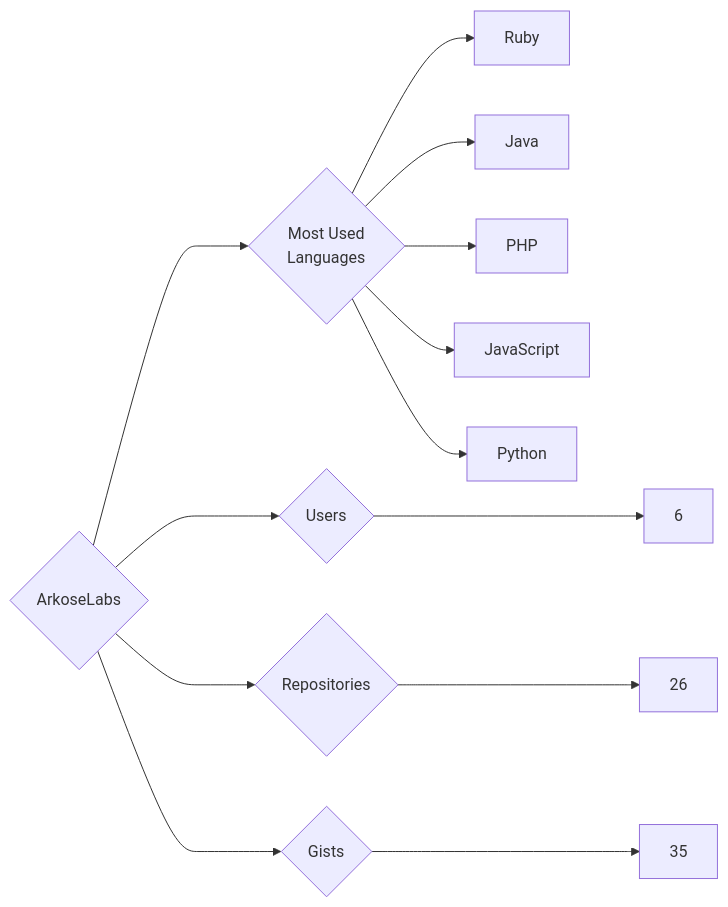
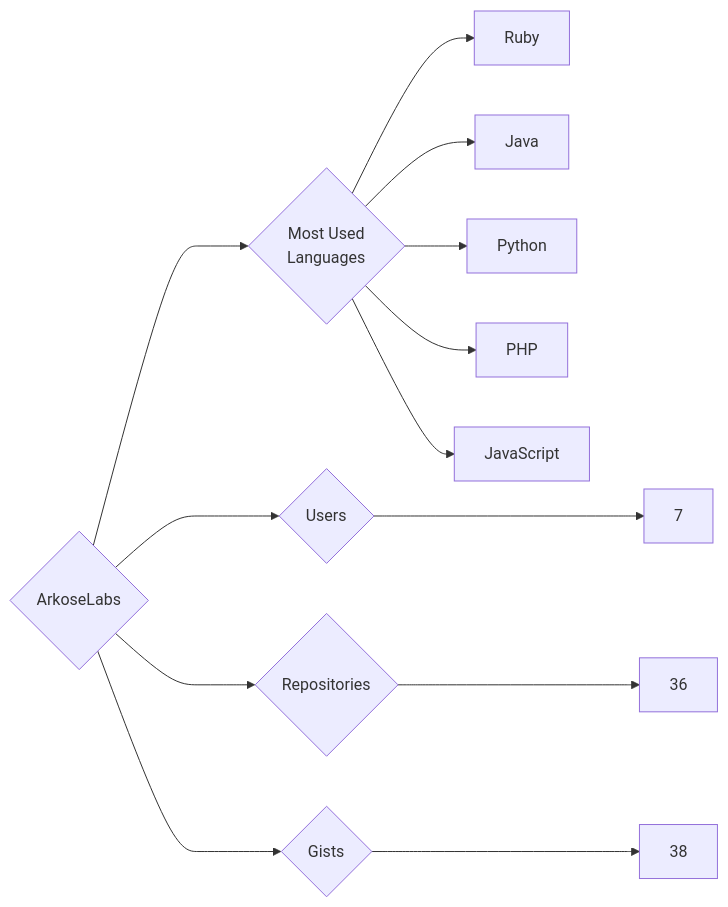
One commit to trickest/insiders changed the diagram in targets/ArkoseLabs/README.md. Above: the diagram before and after it, drawn with Mermaid. The commit also changed 1212 other files, not shown here.

````diff
--- a/targets/ArkoseLabs/README.md
+++ b/targets/ArkoseLabs/README.md
@@ -3,13 +3,13 @@
 ```mermaid
 graph LR
 COMPANY_NAME{ArkoseLabs}
-COMPANY_NAME ---> U{Users} ---> UN[6]
-COMPANY_NAME ---> R{Repositories} ---> RN[26]
-COMPANY_NAME ---> G{Gists} ---> GN[35]
+COMPANY_NAME ---> U{Users} ---> UN[7]
+COMPANY_NAME ---> R{Repositories} ---> RN[36]
+COMPANY_NAME ---> G{Gists} ---> GN[38]
 COMPANY_NAME ---> ML{Most Used<br>Languages}
 ML --> Ruby[Ruby]
 ML --> Java[Java]
+ML --> Python[Python]
 ML --> PHP[PHP]
 ML --> JavaScript[JavaScript]
-ML --> Python[Python]
 ```
````
